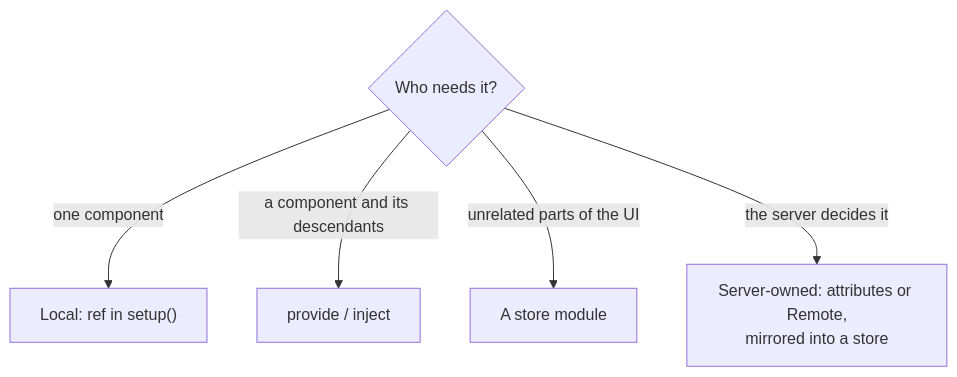
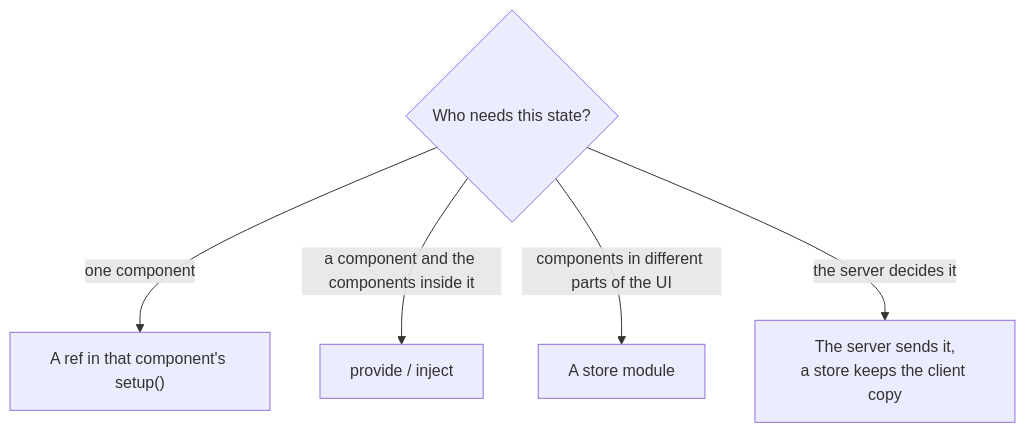
Before and after one commit to linhisreal/Rivue: the diagram in docs/guide/14-state-architecture.md, drawn with Mermaid. The commit also changed other lines of this file and 16 other files, not shown here.

````diff
--- a/docs/guide/14-state-architecture.md
+++ b/docs/guide/14-state-architecture.md
@@ -10,7 +10,7 @@
 ```mermaid
 flowchart TD
-    Q{"Who needs it?"} -->|"one component"| L["Local: ref in setup()"]
-    Q -->|"a component and its descendants"| P["provide / inject"]
-    Q -->|"unrelated parts of the UI"| S["A store module"]
-    Q -->|"the server decides it"| SV["Server-owned: attributes or Remote,<br/>mirrored into a store"]
+    Q{"Who needs this state?"} -->|"one component"| L["A ref in that component's setup()"]
+    Q -->|"a component and the components inside it"| P["provide / inject"]
+    Q -->|"components in different parts of the UI"| S["A store module"]
+    Q -->|"the server decides it"| SV["The server sends it,<br/>a store keeps the client copy"]
 ```
````
